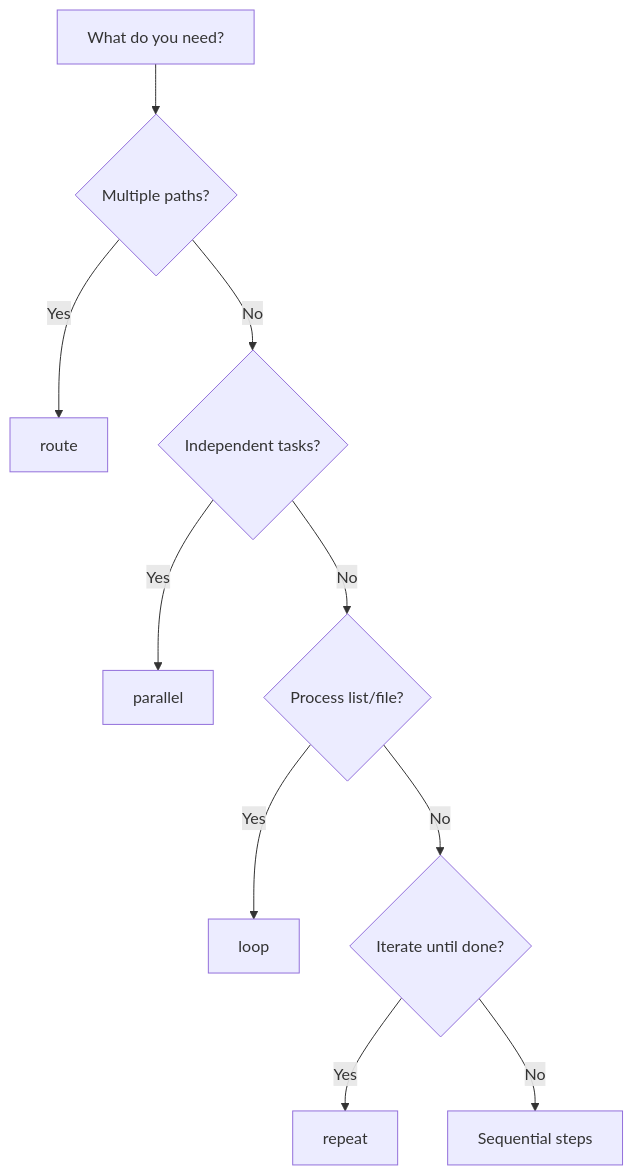
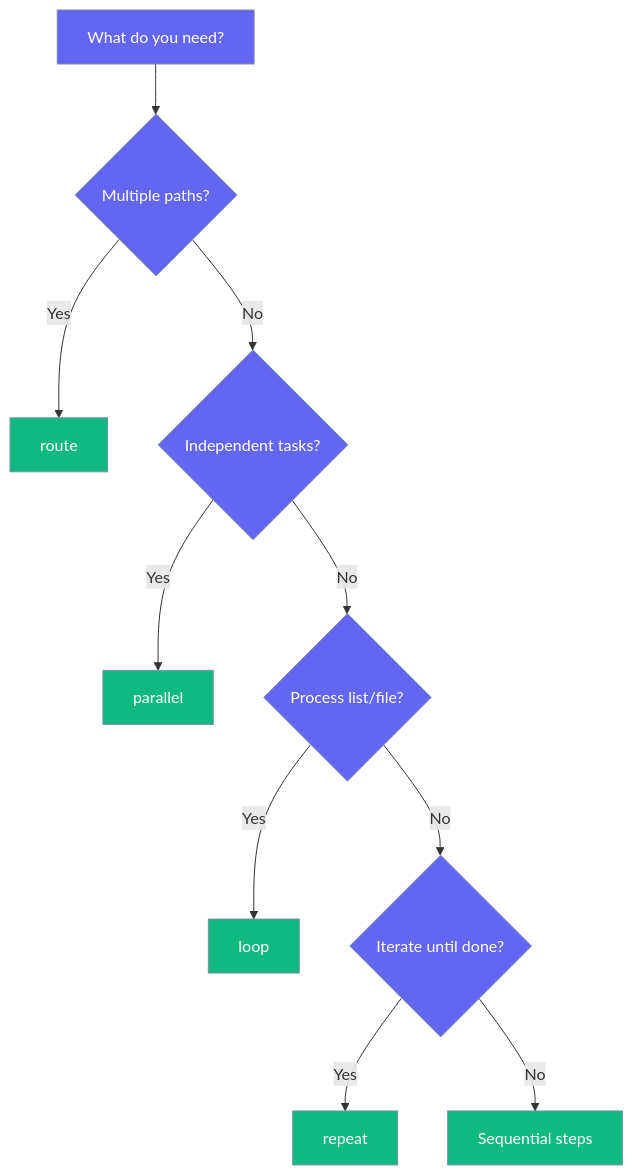
The third of 3 diagrams in docs/features/workflow-patterns.mdx (MervinPraison/PraisonAIDocs), drawn with Mermaid before and after one commit. The commit also changed other lines of this file and 9 other files, not shown here.

````diff
--- a/docs/features/workflow-patterns.mdx
+++ b/docs/features/workflow-patterns.mdx
@@ -256,12 +274,17 @@
 ```mermaid
-graph TD
+graph TB
     A[What do you need?] --> B{Multiple paths?}
     B -->|Yes| C[route]
     B -->|No| D{Independent tasks?}
     D -->|Yes| E[parallel]
     D -->|No| F{Process list/file?}
     F -->|Yes| G[loop]
     F -->|No| H{Iterate until done?}
     H -->|Yes| I[repeat]
     H -->|No| J[Sequential steps]
+
+    classDef decision fill:#6366F1,stroke:#7C90A0,color:#fff
+    classDef option fill:#10B981,stroke:#7C90A0,color:#fff
+    class A,B,D,F,H decision
+    class C,E,G,I,J option
 ```
````
